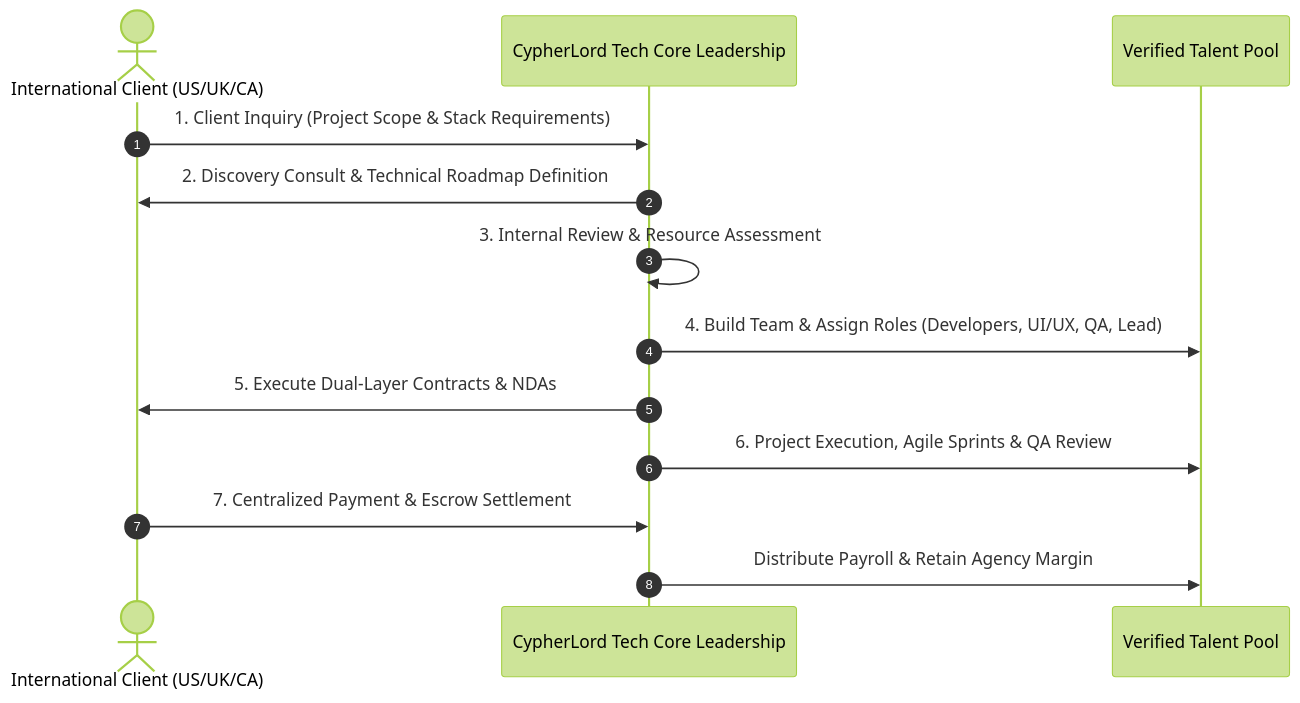
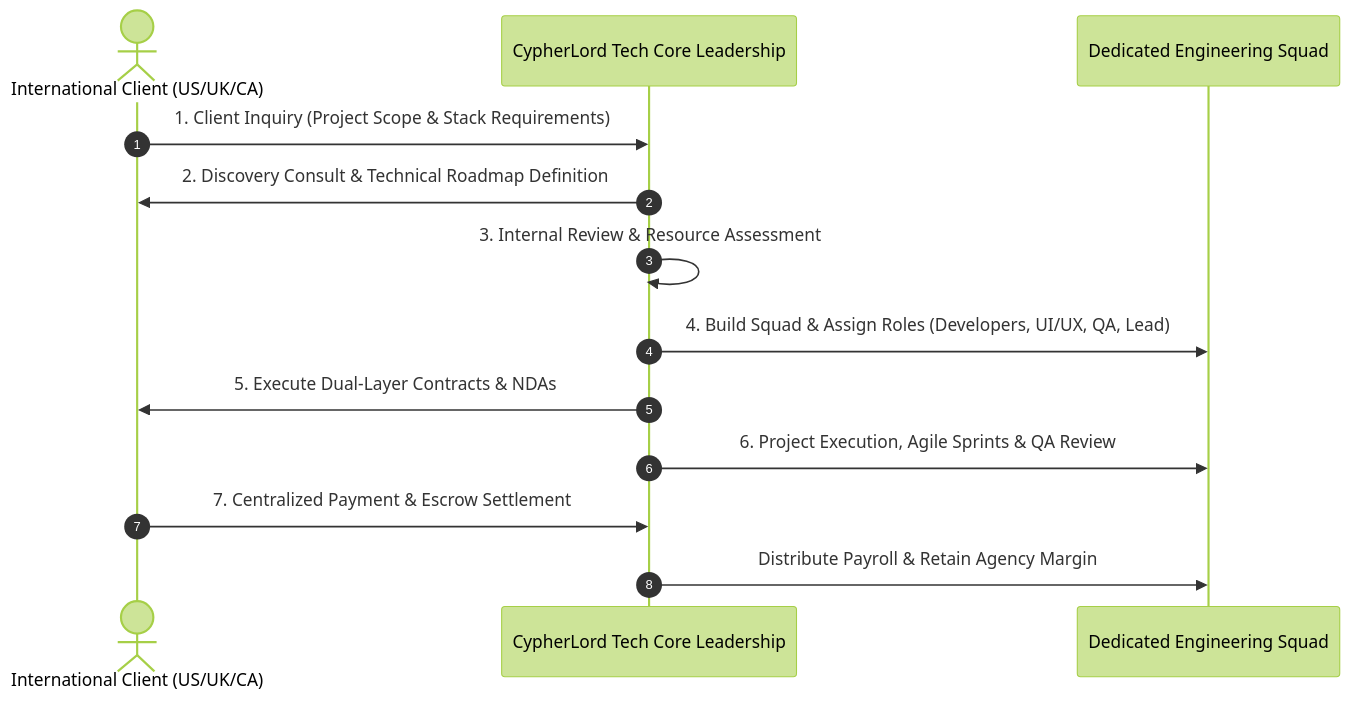
One commit to influxgroup/s2f changed the second of 3 diagrams in BluePrint.md. Above: the diagram before and after it, drawn with Mermaid (forest theme). The commit also changed 37 other files, not shown here.

````diff
--- a/BluePrint.md
+++ b/BluePrint.md
@@ -55,16 +55,16 @@
 ```mermaid
 sequenceDiagram
     autonumber
     actor Client as International Client (US/UK/CA)
     participant Agency as CypherLord Tech Core Leadership
-    participant Talent as Verified Talent Pool
+    participant Squad as Dedicated Engineering Squad
     
     Client->>Agency: 1. Client Inquiry (Project Scope & Stack Requirements)
     Agency->>Client: 2. Discovery Consult & Technical Roadmap Definition
     Agency->>Agency: 3. Internal Review & Resource Assessment
-    Agency->>Talent: 4. Build Team & Assign Roles (Developers, UI/UX, QA, Lead)
+    Agency->>Squad: 4. Build Squad & Assign Roles (Developers, UI/UX, QA, Lead)
     Agency->>Client: 5. Execute Dual-Layer Contracts & NDAs
-    Agency->>Talent: 6. Project Execution, Agile Sprints & QA Review
+    Agency->>Squad: 6. Project Execution, Agile Sprints & QA Review
     Client->>Agency: 7. Centralized Payment & Escrow Settlement
-    Agency->>Talent: Distribute Payroll & Retain Agency Margin
+    Agency->>Squad: Distribute Payroll & Retain Agency Margin
 ```
````
